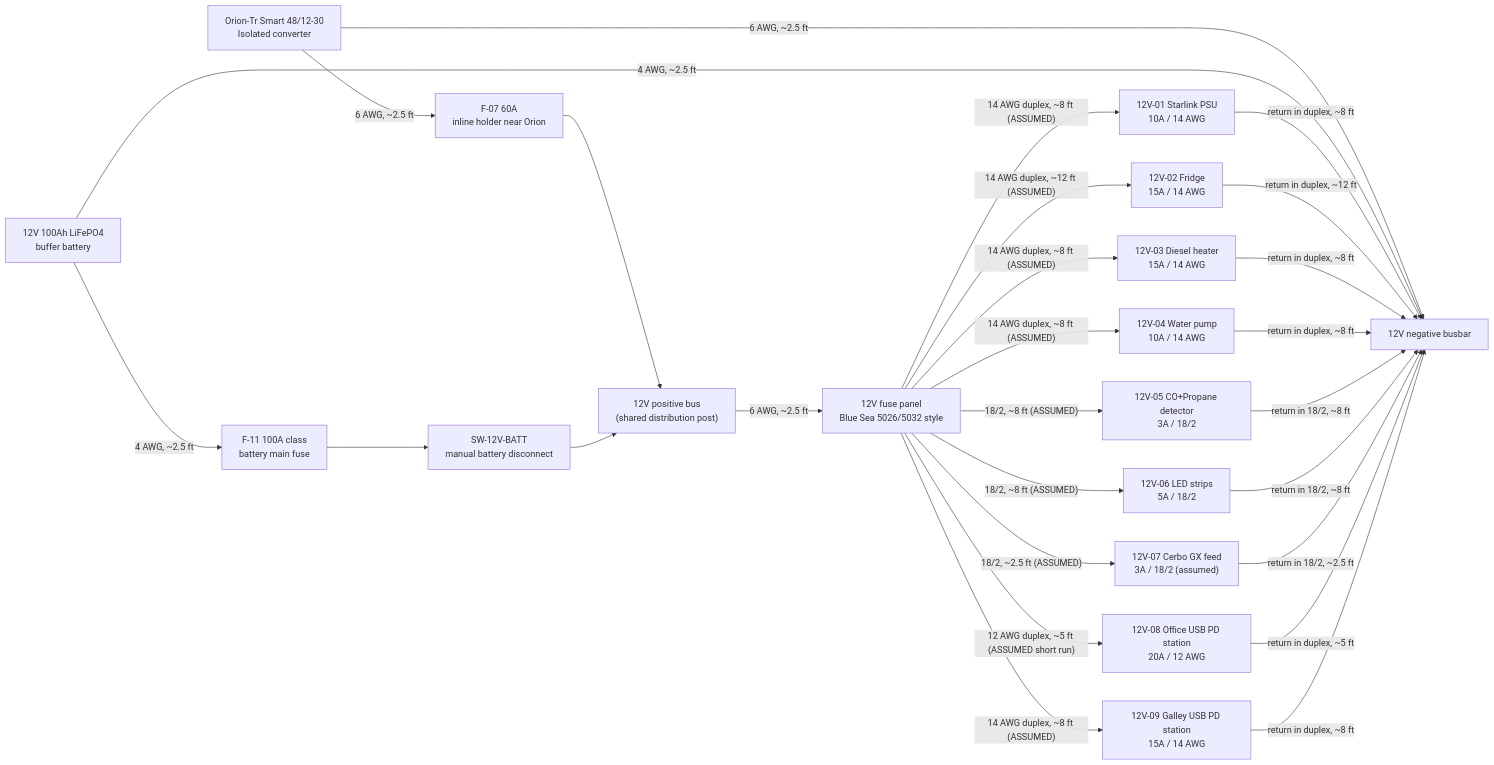
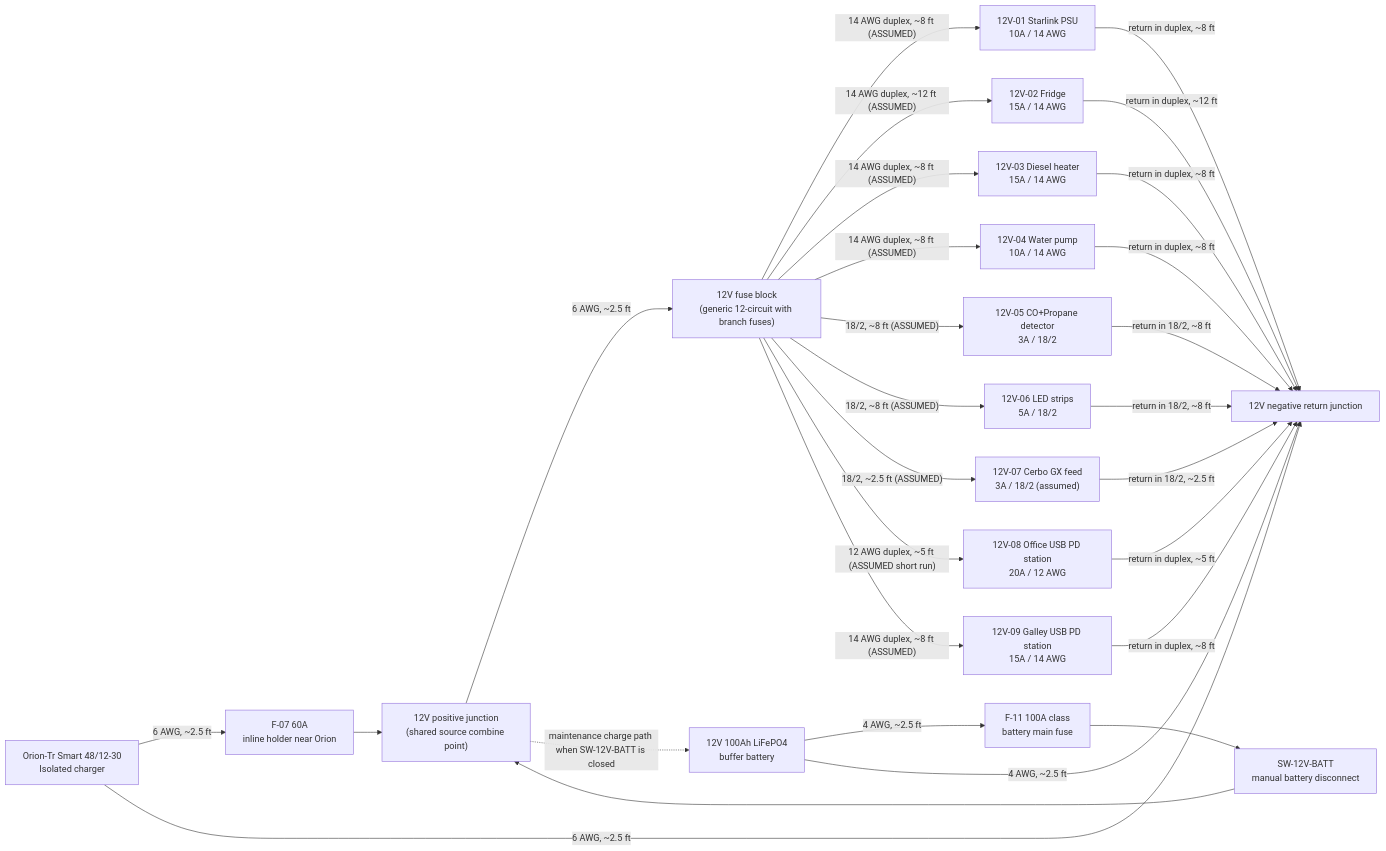
The second of 4 diagrams in docs/ELECTRICAL_overview_diagram.md (DataDaneDev/HiatusBuild), drawn with Mermaid before and after one commit. The commit also changed other lines of this file and 9 other files, not shown here.

````diff
--- a/docs/ELECTRICAL_overview_diagram.md
+++ b/docs/ELECTRICAL_overview_diagram.md
@@ -115,47 +115,48 @@
 ```mermaid
 flowchart LR
-    ORION["Orion-Tr Smart 48/12-30\nIsolated converter"]
+    ORION["Orion-Tr Smart 48/12-30\nIsolated charger"]
     F07["F-07 60A\ninline holder near Orion"]
-    P12["12V positive bus\n(shared distribution post)"]
-    PANEL["12V fuse panel\nBlue Sea 5026/5032 style"]
-    N12["12V negative busbar"]
+    P12["12V positive junction\n(shared source combine point)"]
+    PANEL["12V fuse block\n(generic 12-circuit with branch fuses)"]
+    N12["12V negative return junction"]
     B12["12V 100Ah LiFePO4\nbuffer battery"]
     F11["F-11 100A class\nbattery main fuse"]
     SW12["SW-12V-BATT\nmanual battery disconnect"]
 
     STAR["12V-01 Starlink PSU\n10A / 14 AWG"]
     FRIDGE["12V-02 Fridge\n15A / 14 AWG"]
     HEATER["12V-03 Diesel heater\n15A / 14 AWG"]
     PUMP["12V-04 Water pump\n10A / 14 AWG"]
     DET["12V-05 CO+Propane detector\n3A / 18/2"]
     LED["12V-06 LED strips\n5A / 18/2"]
     CERBO_PWR["12V-07 Cerbo GX feed\n3A / 18/2 (assumed)"]
     USB_OFFICE["12V-08 Office USB PD station\n20A / 12 AWG"]
     USB_GALLEY["12V-09 Galley USB PD station\n15A / 14 AWG"]
 
     ORION -- "6 AWG, ~2.5 ft" --> F07 --> P12
     ORION -- "6 AWG, ~2.5 ft" --> N12
     B12 -- "4 AWG, ~2.5 ft" --> F11 --> SW12 --> P12
     B12 -- "4 AWG, ~2.5 ft" --> N12
     P12 -- "6 AWG, ~2.5 ft" --> PANEL
+    P12 -. "maintenance charge path when SW-12V-BATT is closed" .-> B12
 
     PANEL -- "14 AWG duplex, ~8 ft (ASSUMED)" --> STAR
     PANEL -- "14 AWG duplex, ~12 ft (ASSUMED)" --> FRIDGE
     PANEL -- "14 AWG duplex, ~8 ft (ASSUMED)" --> HEATER
     PANEL -- "14 AWG duplex, ~8 ft (ASSUMED)" --> PUMP
     PANEL -- "18/2, ~8 ft (ASSUMED)" --> DET
     PANEL -- "18/2, ~8 ft (ASSUMED)" --> LED
     PANEL -- "18/2, ~2.5 ft (ASSUMED)" --> CERBO_PWR
     PANEL -- "12 AWG duplex, ~5 ft (ASSUMED short run)" --> USB_OFFICE
     PANEL -- "14 AWG duplex, ~8 ft (ASSUMED)" --> USB_GALLEY
 
     STAR -- "return in duplex, ~8 ft" --> N12
     FRIDGE -- "return in duplex, ~12 ft" --> N12
     HEATER -- "return in duplex, ~8 ft" --> N12
     PUMP -- "return in duplex, ~8 ft" --> N12
     DET -- "return in 18/2, ~8 ft" --> N12
     LED -- "return in 18/2, ~8 ft" --> N12
     CERBO_PWR -- "return in 18/2, ~2.5 ft" --> N12
     USB_OFFICE -- "return in duplex, ~5 ft" --> N12
     USB_GALLEY -- "return in duplex, ~8 ft" --> N12
 ```
````
